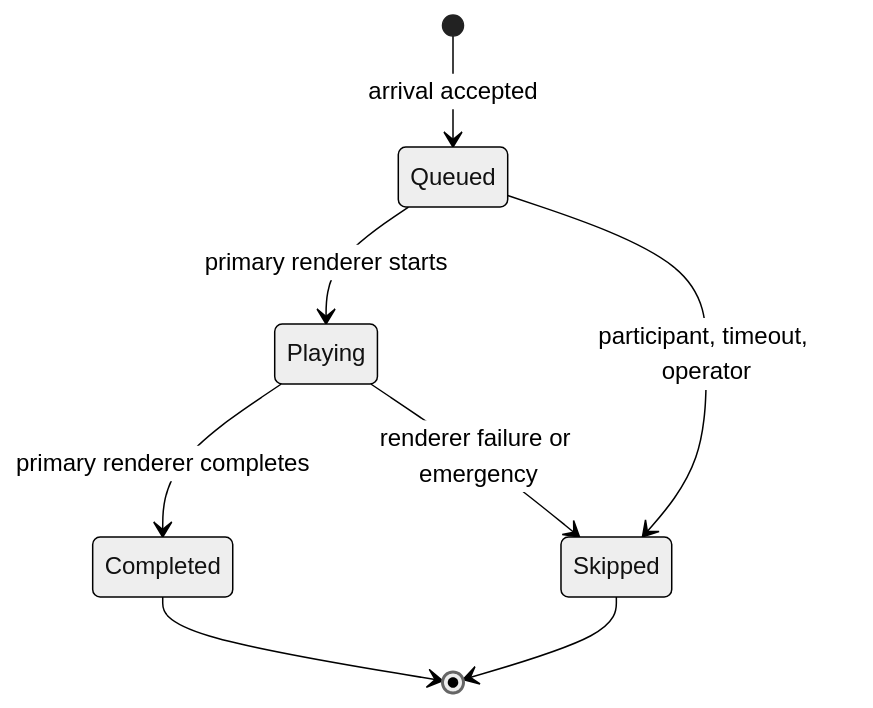
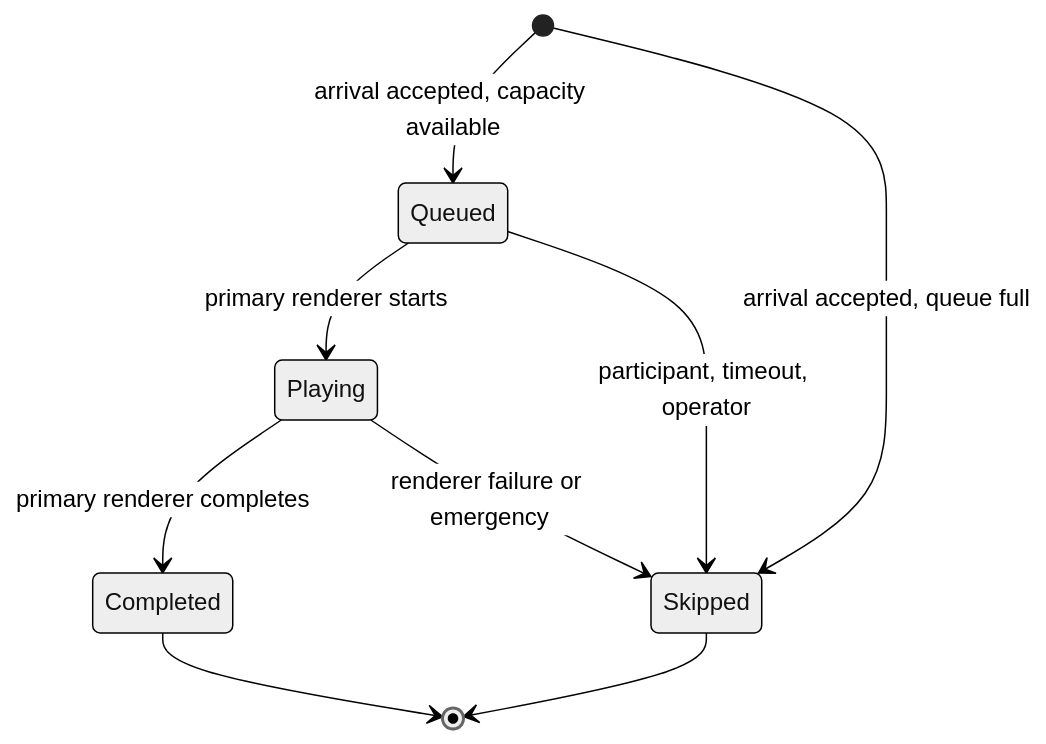
One commit to Mino829/trace-campus-installation changed the third of 3 diagrams in docs/state-machine.md. Above: the diagram before and after it, drawn with Mermaid (neutral theme). The commit also changed other lines of this file and 6 other files, not shown here.

Commit message:
docs: define arrival proof and bounded replay queue for issue 11

````diff
--- a/docs/state-machine.md
+++ b/docs/state-machine.md
@@ -68,10 +67,11 @@
 ```mermaid
 stateDiagram-v2
-    [*] --> Queued: arrival accepted
+    [*] --> Queued: arrival accepted, capacity available
+    [*] --> Skipped: arrival accepted, queue full
     Queued --> Playing: primary renderer starts
     Queued --> Skipped: participant, timeout, operator
     Playing --> Completed: primary renderer completes
     Playing --> Skipped: renderer failure or emergency
     Completed --> [*]
     Skipped --> [*]
 ```
````
